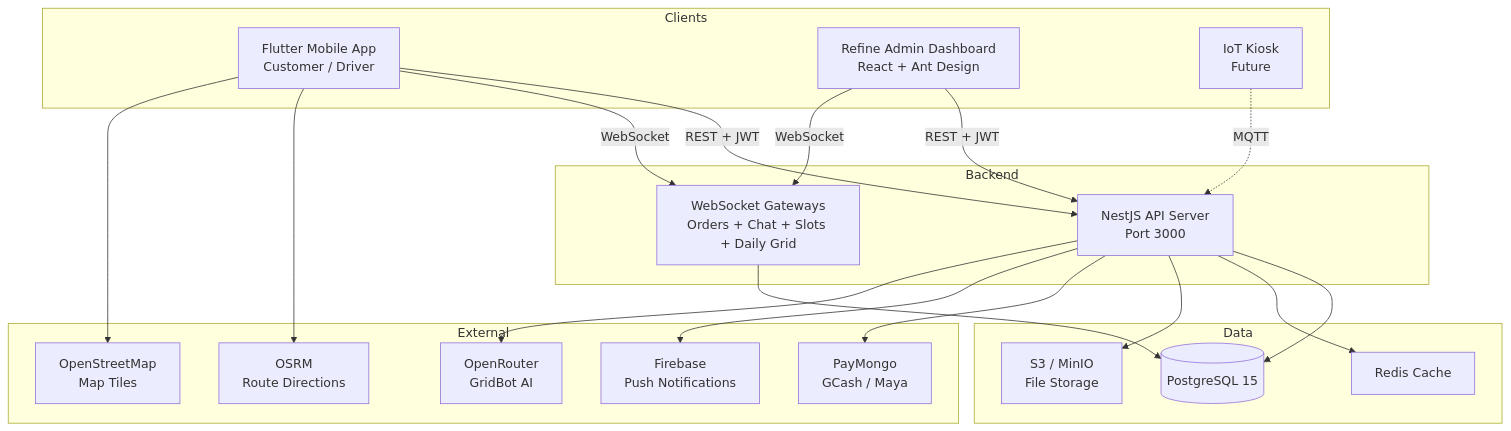
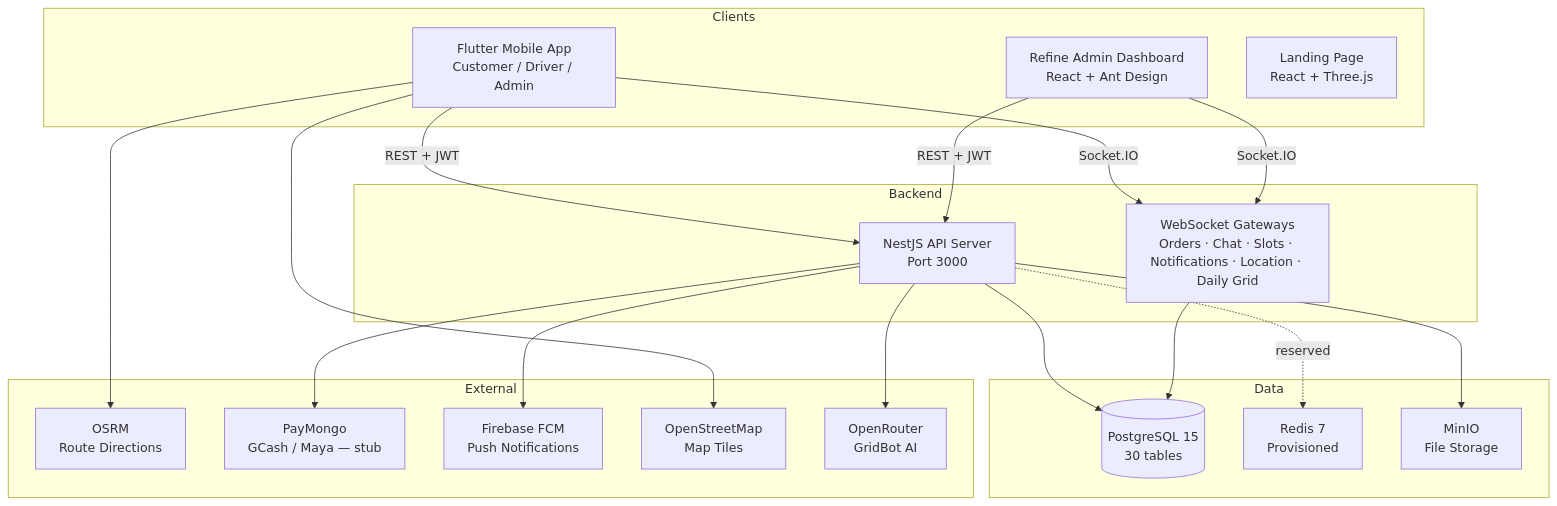
The first of 3 diagrams in README.md (rqms40/printing_app), drawn with Mermaid before and after one commit. The commit also changed other lines of this file and 1 other file, not shown here.

````diff
--- a/README.md
+++ b/README.md
@@ -15,42 +15,41 @@
 ```mermaid
 graph TB
     subgraph Clients
-        A[Flutter Mobile App<br/>Customer / Driver]
+        A[Flutter Mobile App<br/>Customer / Driver / Admin]
         AA[Refine Admin Dashboard<br/>React + Ant Design]
-        B[IoT Kiosk<br/>Future]
+        LP[Landing Page<br/>React + Three.js]
     end
 
     subgraph Backend
         C[NestJS API Server<br/>Port 3000]
-        D[WebSocket Gateways<br/>Orders + Chat + Slots + Daily Grid]
+        D[WebSocket Gateways<br/>Orders · Chat · Slots · Notifications · Location · Daily Grid]
     end
 
     subgraph Data
-        E[(PostgreSQL 15)]
-        F[Redis Cache]
-        G[S3 / MinIO<br/>File Storage]
+        E[(PostgreSQL 15<br/>30 tables)]
+        F[Redis 7<br/>Provisioned]
+        G[MinIO<br/>File Storage]
     end
 
     subgraph External
         H[OSRM<br/>Route Directions]
-        I[PayMongo<br/>GCash / Maya]
-        J[Firebase<br/>Push Notifications]
+        I[PayMongo<br/>GCash / Maya — stub]
+        J[Firebase FCM<br/>Push Notifications]
         K[OpenStreetMap<br/>Map Tiles]
         L[OpenRouter<br/>GridBot AI]
     end
 
     A -->|REST + JWT| C
-    A -->|WebSocket| D
+    A -->|Socket.IO| D
     AA -->|REST + JWT| C
-    AA -->|WebSocket| D
-    B -.->|MQTT| C
+    AA -->|Socket.IO| D
     C --> E
-    C --> F
+    C -.->|reserved| F
     C --> G
     D --> E
     A --> H
     A --> K
     C --> I
     C --> J
     C --> L
 ```
````
